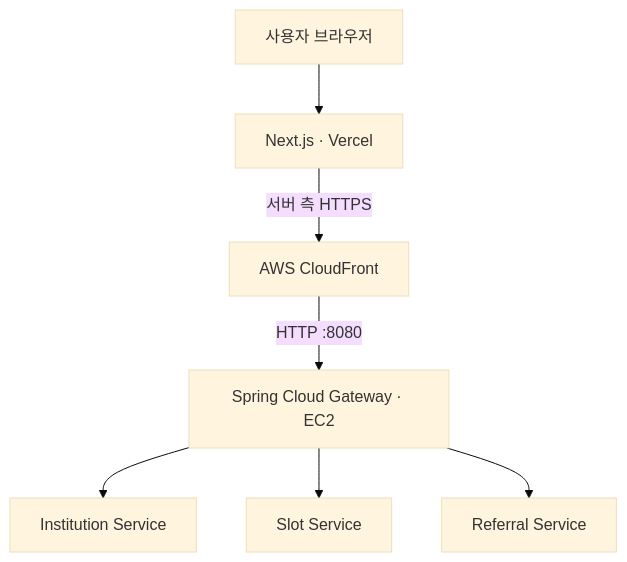
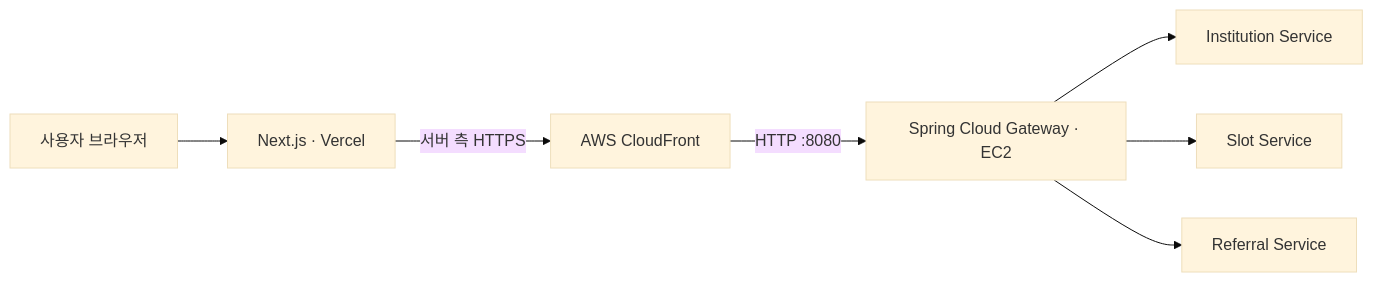
One commit to HEALO-WORLD/ITDA-frontend changed the diagram in README.md. Above: the diagram before and after it, drawn with Mermaid (base theme). The commit also changed other lines of this file and 8 other files, not shown here.

````diff
--- a/README.md
+++ b/README.md
@@ -128,9 +157,9 @@
 ```mermaid
-flowchart TD
+flowchart LR
     A["사용자 브라우저"] --> B["Next.js · Vercel"]
     B -->|"서버 측 HTTPS"| C["AWS CloudFront"]
     C -->|"HTTP :8080"| D["Spring Cloud Gateway · EC2"]
     D --> E["Institution Service"]
     D --> F["Slot Service"]
     D --> G["Referral Service"]
 ```
````
